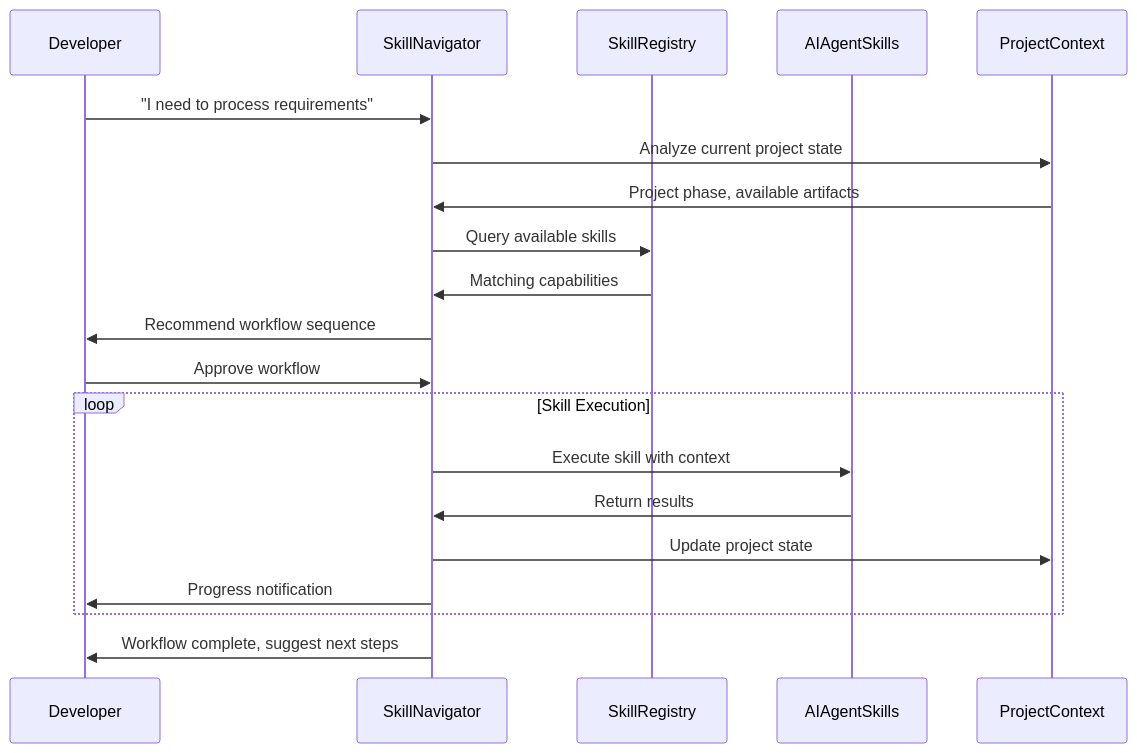
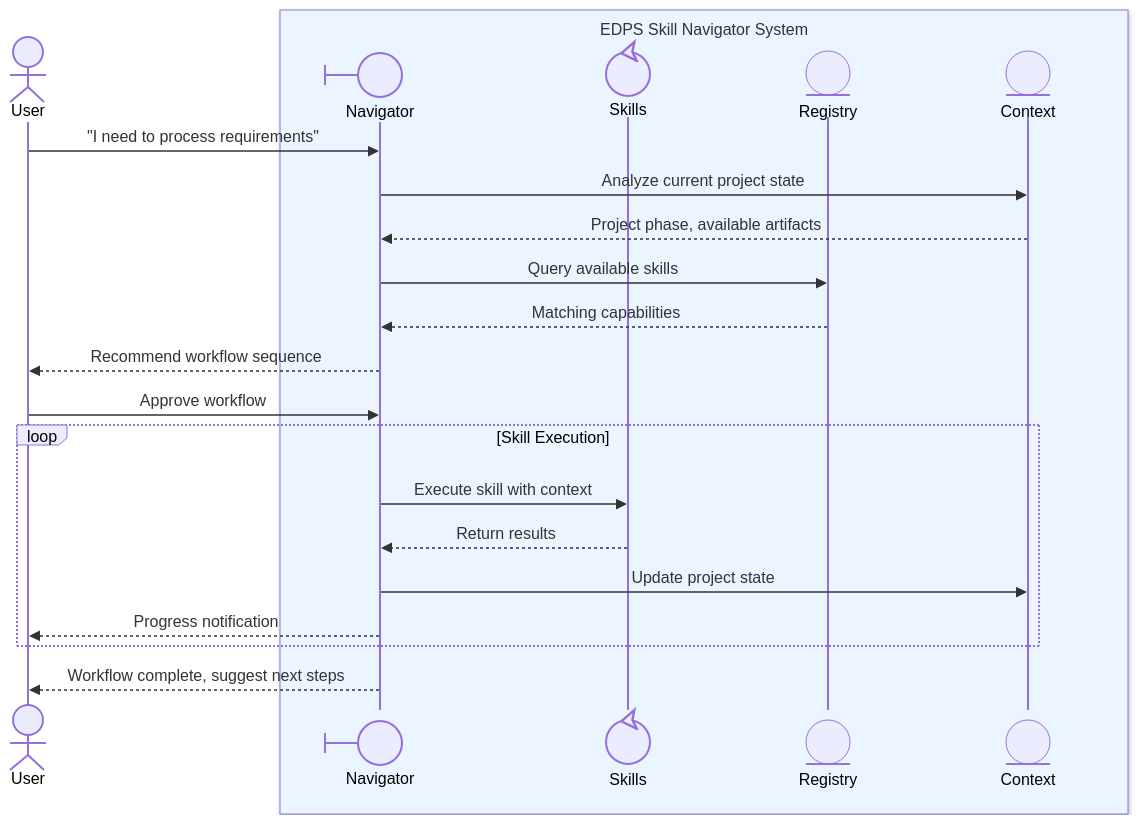
Before and after one commit to zhongadamwang/AI_Slowcooker: the fourth of 8 diagrams in OrgDocument/orgModel/01 - Skill Development Process/collaboration.md, drawn with Mermaid. The commit also changed other lines of this file and 6 other files, not shown here.

````diff
--- a/OrgDocument/orgModel/01 - Skill Development Process/collaboration.md
+++ b/OrgDocument/orgModel/01 - Skill Development Process/collaboration.md
@@ -113,27 +127,41 @@
 ```mermaid
 sequenceDiagram
-    participant User as Developer
-    participant Navigator as SkillNavigator
-    participant Registry as SkillRegistry
-    participant Skills as AIAgentSkills
-    participant Context as ProjectContext
-    
+    %% ─────────────────────────────────────────────────────
+    %% BOUNDARY SUMMARY
+    %% ─────────────────────────────────────────────────────
+    %% [B-1] EDPS Skill Navigator System
+    %%         Participants: SkillNavigator (boundary), AIAgentSkills (control),
+    %%                       SkillRegistry (entity), ProjectContext (entity)
+    %%         Decomposable: AIAgentSkills
+    %%         External actor: Developer
+    %% ─────────────────────────────────────────────────────
+
+    participant User@{ "type": "actor", "label": "Developer" }
+
+    %% [B-1] EDPS Skill Navigator System
+    box rgb(235, 245, 255) EDPS Skill Navigator System
+        participant Navigator@{ "type": "boundary", "label": "Skill Navigator" }
+        participant Skills@{ "type": "control", "label": "AI Agent Skills" }
+        participant Registry@{ "type": "entity", "label": "Skill Registry" }
+        participant Context@{ "type": "entity", "label": "Project Context" }
+    end
+
     User->>Navigator: "I need to process requirements"
     Navigator->>Context: Analyze current project state
-    Context->>Navigator: Project phase, available artifacts
-    
+    Context-->>Navigator: Project phase, available artifacts
+
     Navigator->>Registry: Query available skills
-    Registry->>Navigator: Matching capabilities
-    
-    Navigator->>User: Recommend workflow sequence
+    Registry-->>Navigator: Matching capabilities
+
+    Navigator-->>User: Recommend workflow sequence
     User->>Navigator: Approve workflow
-    
+
     loop Skill Execution
         Navigator->>Skills: Execute skill with context
-        Skills->>Navigator: Return results
+        Skills-->>Navigator: Return results
         Navigator->>Context: Update project state
-        Navigator->>User: Progress notification
+        Navigator-->>User: Progress notification
     end
-    
-    Navigator->>User: Workflow complete, suggest next steps
+
+    Navigator-->>User: Workflow complete, suggest next steps
 ```
````
